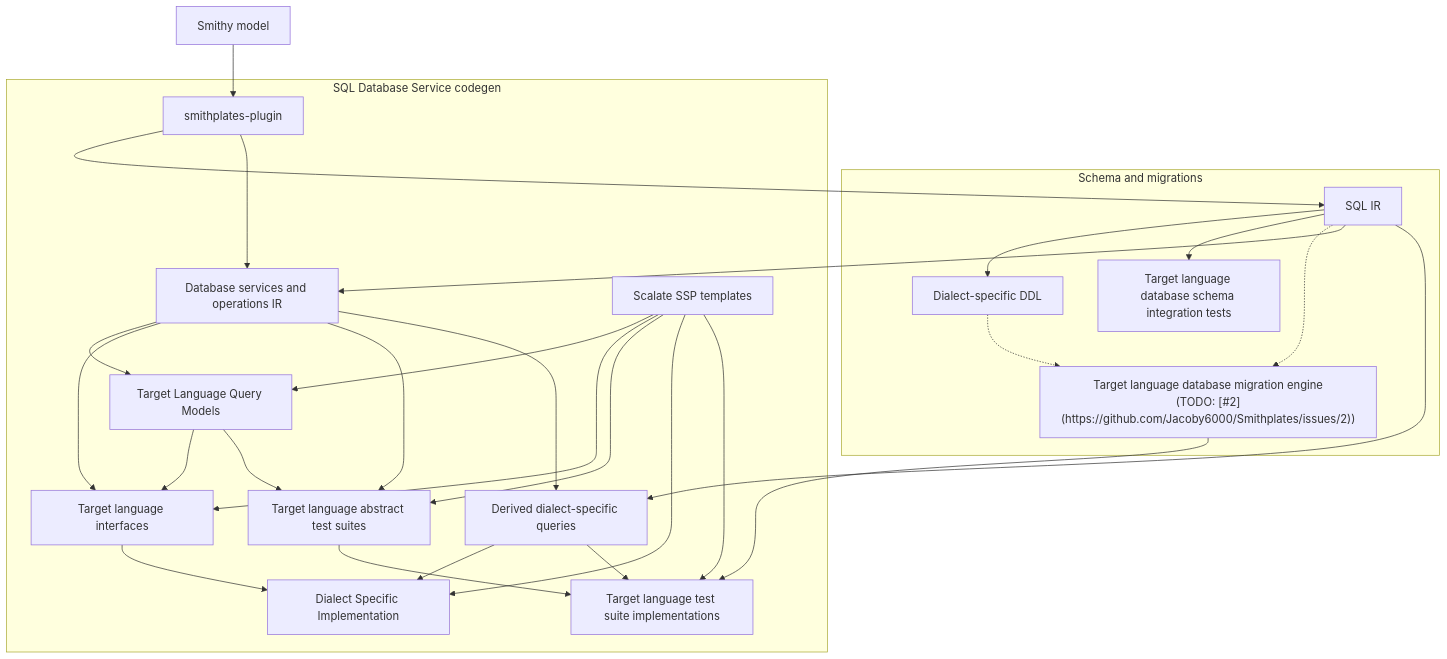
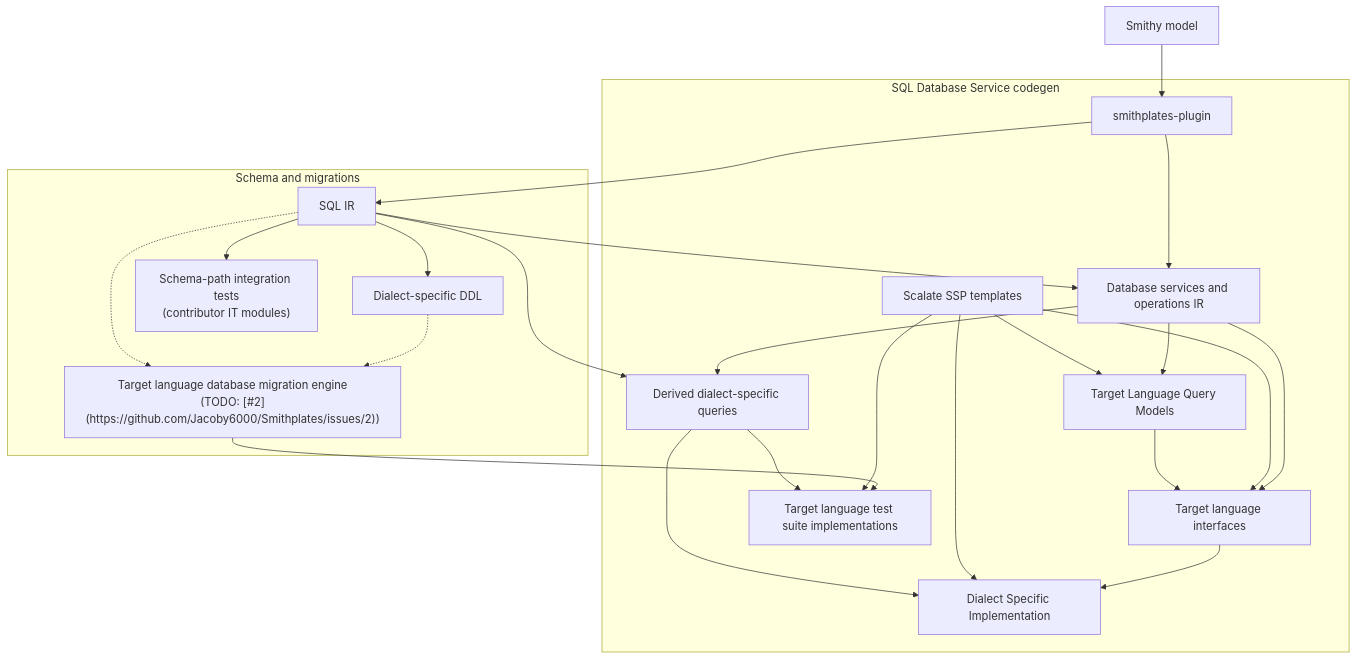
Before and after one commit to Jacoby6000/Smithplates: the diagram in docs/reusable-components/architecture-pipeline.mmd, drawn with Mermaid. The commit also changed 8 other files, not shown here.

First line of the commit message:
Fix stale documentation from audit and remove abstract test suite references.

```diff
--- a/docs/reusable-components/architecture-pipeline.mmd
+++ b/docs/reusable-components/architecture-pipeline.mmd
@@ -1,47 +1,42 @@
 flowchart TD
     SM["Smithy model"]
     SSP["smithplates-plugin"]
 
     SM --> SSP
 
     SSP --> SQLIR["SQL IR"]
 
 
     subgraph schema["Schema and migrations"]
         SQLIR --> DDL["Dialect-specific DDL"]
-        SQLIR --> SchemaIT["Target language database schema integration tests"]
+        SQLIR --> SchemaIT["Schema-path integration tests<br/>(contributor IT modules)"]
         
         Migration["Target language database migration engine<br/>(TODO: [#2](https://github.com/Jacoby6000/Smithplates/issues/2))"]
         DDL   -.-> Migration
         SQLIR -.-> Migration
     end
 
     subgraph services["SQL Database Service codegen"]
         SSP   --> SVCIR["Database services and operations IR"]
         SQLIR --> SVCIR
         
         MT["Scalate SSP templates"]
         SVCIR --> TLQM["Target Language Query Models"]
         MT    --> TLQM
 
         SVCIR --> Interfaces["Target language interfaces"]
         MT    --> Interfaces   
         TLQM  --> Interfaces
 
-        SVCIR --> AbstractTests["Target language abstract test suites"]
-        MT    --> AbstractTests
-        TLQM  --> AbstractTests
-
         SVCIR --> DerivedQueries["Derived dialect-specific queries"]
         SQLIR --> DerivedQueries
 
         Interfaces     --> Impl["Dialect Specific Implementation"]
         MT             --> Impl        
         DerivedQueries --> Impl
 
         Migration      --> TestImpl["Target language test suite implementations"]
         MT             --> TestImpl
         DerivedQueries --> TestImpl
-        AbstractTests  --> TestImpl
 
     end
```
